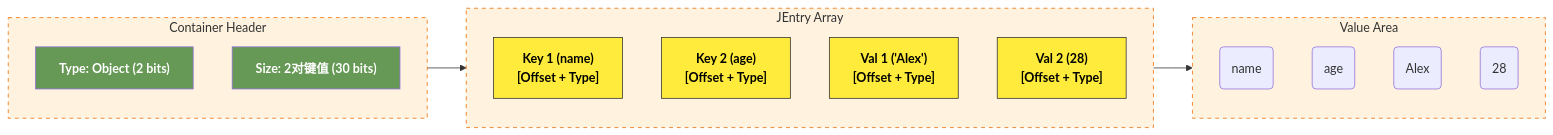
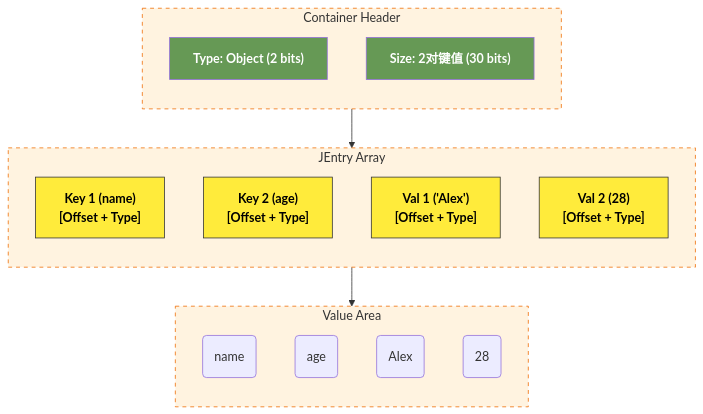
One commit to 0x822a5b87/0x822a5b87.github.io changed the sixth of 8 diagrams in source/_posts/cheatsheet-for-pg-and-mysql.md. Above: the diagram before and after it, drawn with Mermaid. The commit also changed other lines of this file, not shown here.

````diff
--- a/source/_posts/cheatsheet-for-pg-and-mysql.md
+++ b/source/_posts/cheatsheet-for-pg-and-mysql.md
@@ -198,36 +478,39 @@
 ```mermaid
-flowchart LR
+flowchart TB
 
 subgraph container["Container Header"]
+	direction TB
     type["Type: Object (2 bits)"]
     count["Size: 2对键值 (30 bits)"]
 end
 
 subgraph jentries["JEntry Array"]
-    je1["Key 1 (name)<br/>[Offset + Type]"]
+	direction TB
+	je1["Key 1 (name)<br/>[Offset + Type]"]
     je2["Key 2 (age)<br/>[Offset + Type]"]
     je3["Val 1 ('Alex')<br/>[Offset + Type]"]
     je4["Val 2 (28)<br/>[Offset + Type]"]
 end
 
 subgraph data["Value Area"]
+	direction TB
     d1("name")
     d2("age")
     d3("Alex")
     d4("28")
 end
 
 container --> jentries --> data
 
 class container blockContainer
 class jentries blockContainer
 class data blockContainer
 
 class type,count green
 class je1,je2,je3,je4 yellow
 
 
 classDef green fill:#695,color:#fff,font-weight:bold;
 classDef yellow fill:#FFEB3B,stroke:#333,color:#000,font-weight:bold;
 classDef blockContainer fill:#fff3e0,stroke:#ef6c00,stroke-dasharray: 5 5;
 ```
````
